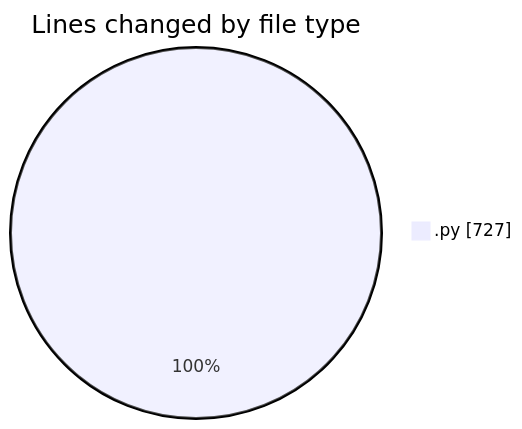
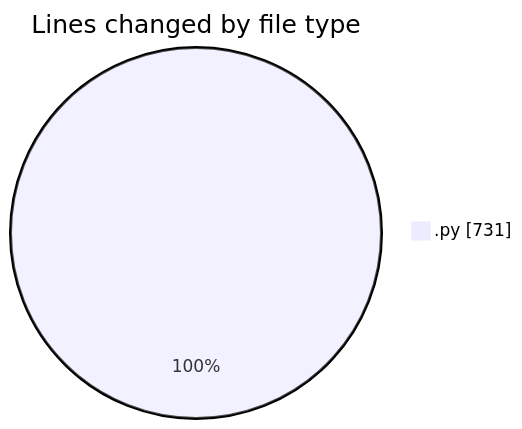
One commit to julien-gomy/code-tracking changed the first of 2 diagrams in 2025-10-22/eventscop-api-guide__workspace_/README.md. Above: the diagram before and after it, drawn with Mermaid. The commit also changed other lines of this file and 1 other file, not shown here.

````diff
--- a/2025-10-22/eventscop-api-guide__workspace_/README.md
+++ b/2025-10-22/eventscop-api-guide__workspace_/README.md
@@ -32,5 +33,5 @@
 ```mermaid
 pie showData
 title Lines changed by file type
-".py" : 727
+".py" : 731
 ```
````
